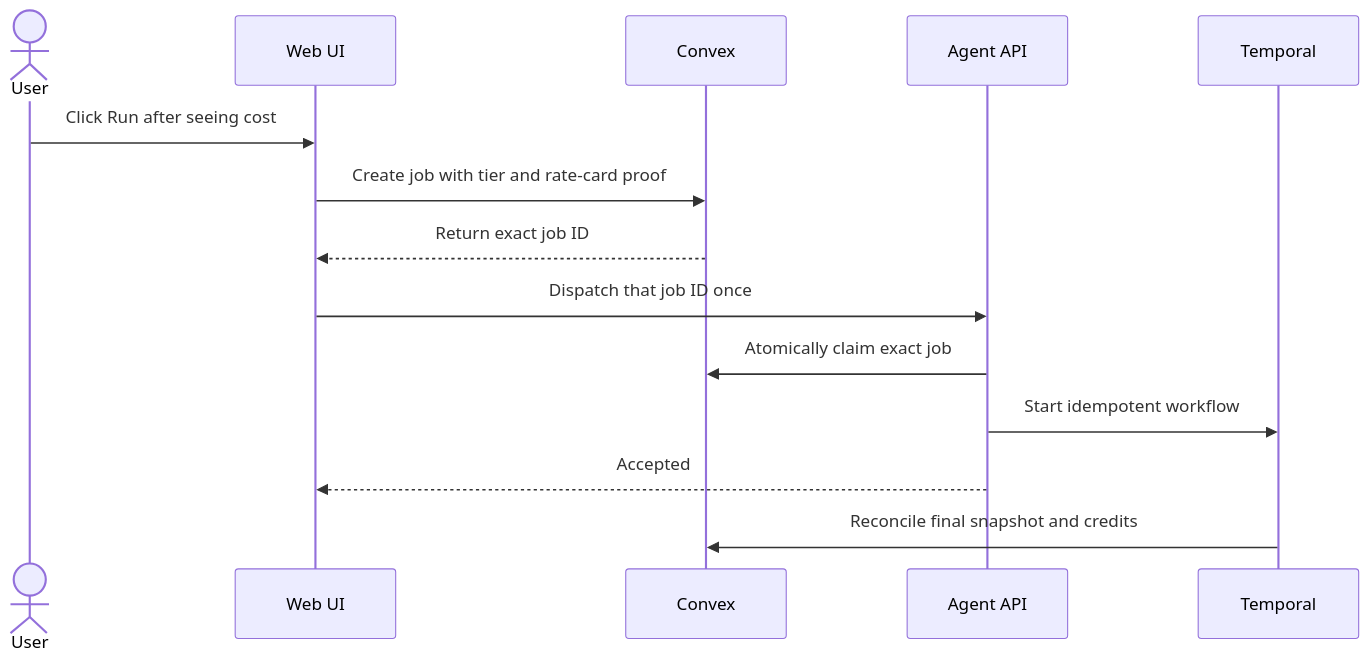
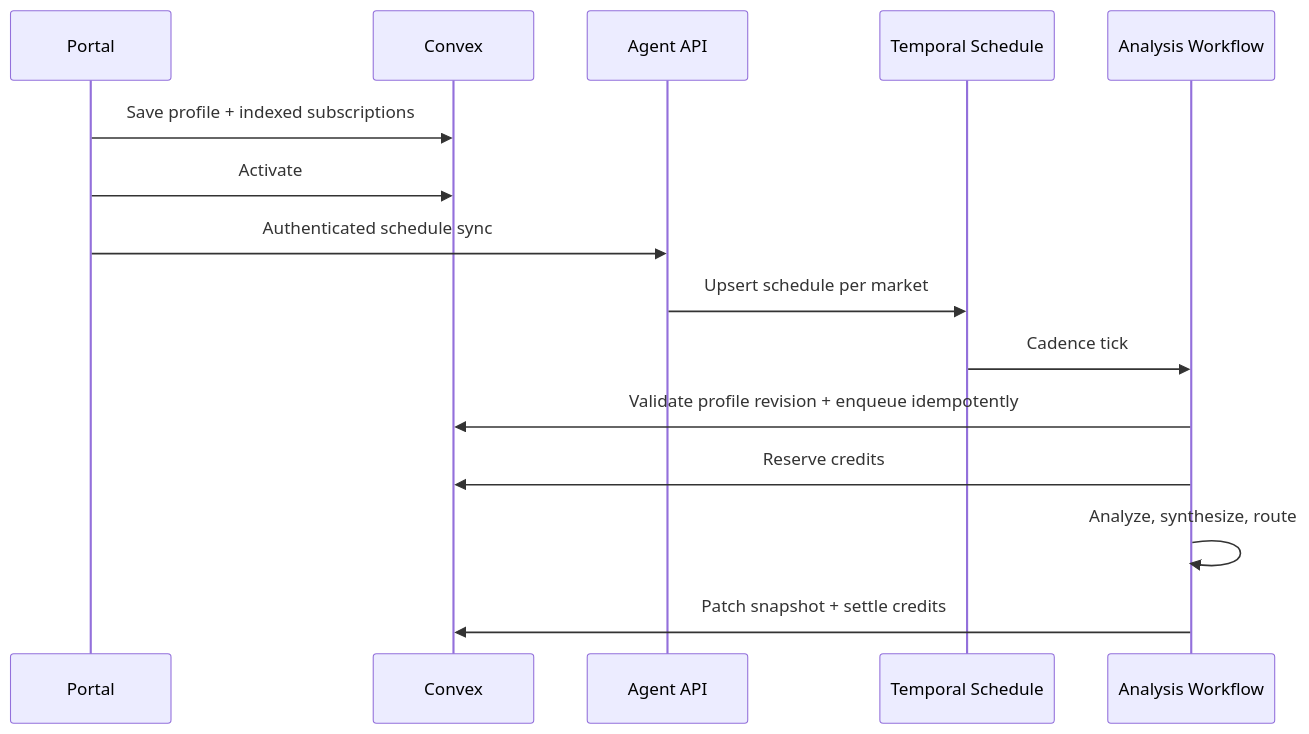
The fifth of 8 diagrams in docs/agentic-backend-architecture.md (malawadd/mowazi), drawn with Mermaid before and after one commit. The commit also changed other lines of this file and 58 other files, not shown here.

````diff
--- a/docs/agentic-backend-architecture.md
+++ b/docs/agentic-backend-architecture.md
@@ -116,17 +130,18 @@
 ```mermaid
 sequenceDiagram
-    actor User
-    participant UI as Web UI
+    participant UI as Portal
     participant CX as Convex
     participant API as Agent API
-    participant TM as Temporal
+    participant TS as Temporal Schedule
+    participant WF as Analysis Workflow
 
-    User->>UI: Click Run after seeing cost
-    UI->>CX: Create job with tier and rate-card proof
-    CX-->>UI: Return exact job ID
-    UI->>API: Dispatch that job ID once
-    API->>CX: Atomically claim exact job
-    API->>TM: Start idempotent workflow
-    API-->>UI: Accepted
-    TM->>CX: Reconcile final snapshot and credits
+    UI->>CX: Save profile + indexed subscriptions
+    UI->>CX: Activate
+    UI->>API: Authenticated schedule sync
+    API->>TS: Upsert schedule per market
+    TS->>WF: Cadence tick
+    WF->>CX: Validate profile revision + enqueue idempotently
+    WF->>CX: Reserve credits
+    WF->>WF: Analyze, synthesize, route
+    WF->>CX: Patch snapshot + settle credits
 ```
````
